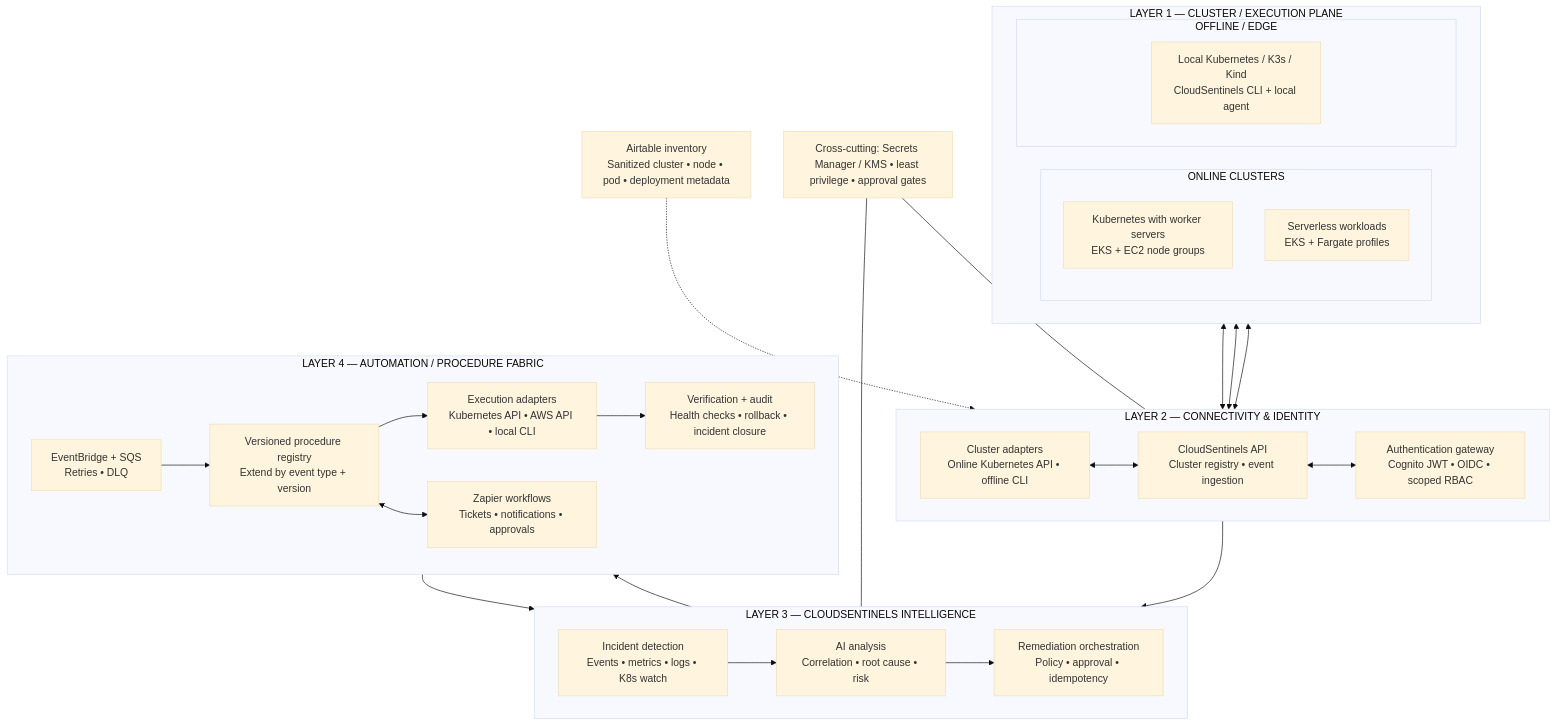
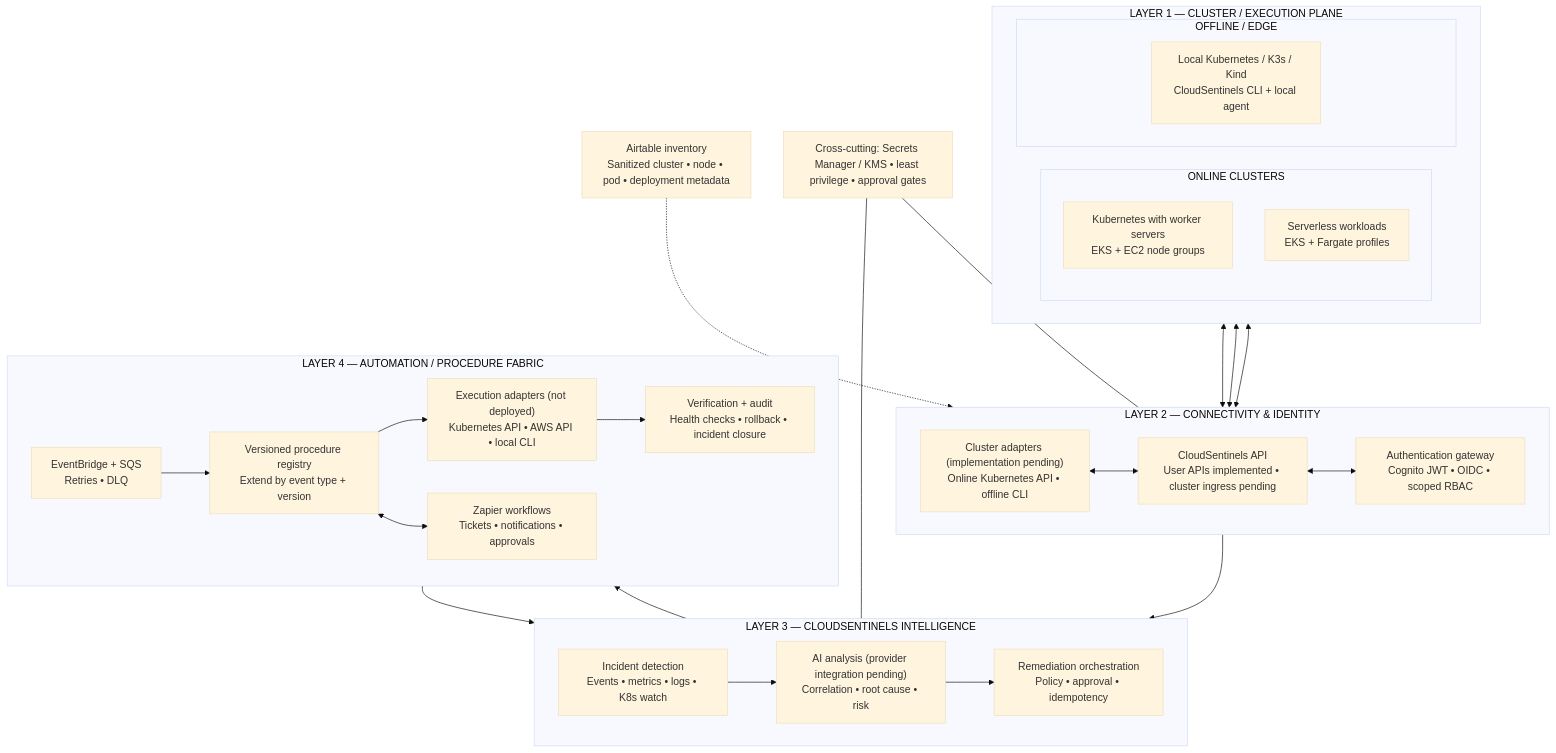
One commit to ABHILASH9519/cloudsentinels changed the diagram in docs/architecture/four-layer-self-healing-architecture.mmd. Above: the diagram before and after it, drawn with Mermaid (base theme).

Commit message:
docs: mark pending integrations in architecture diagram

```diff
--- a/docs/architecture/four-layer-self-healing-architecture.mmd
+++ b/docs/architecture/four-layer-self-healing-architecture.mmd
@@ -1,47 +1,47 @@
 flowchart TB
   subgraph L1["LAYER 1 — CLUSTER / EXECUTION PLANE"]
     direction LR
     subgraph ONLINE["ONLINE CLUSTERS"]
       direction TB
       EC2["Kubernetes with worker servers<br/>EKS + EC2 node groups"]
       SL["Serverless workloads<br/>EKS + Fargate profiles"]
     end
     subgraph OFFLINE["OFFLINE / EDGE"]
       CLI["Local Kubernetes / K3s / Kind<br/>CloudSentinels CLI + local agent"]
     end
   end
   subgraph L2["LAYER 2 — CONNECTIVITY & IDENTITY"]
     direction LR
-    API["CloudSentinels API<br/>Cluster registry • event ingestion"]
+    API["CloudSentinels API<br/>User APIs implemented • cluster ingress pending"]
     AUTH["Authentication gateway<br/>Cognito JWT • OIDC • scoped RBAC"]
-    ADAPTER["Cluster adapters<br/>Online Kubernetes API • offline CLI"]
+    ADAPTER["Cluster adapters (implementation pending)<br/>Online Kubernetes API • offline CLI"]
     API <--> AUTH
     ADAPTER <--> API
   end
   subgraph L3["LAYER 3 — CLOUDSENTINELS INTELLIGENCE"]
     direction LR
     DETECT["Incident detection<br/>Events • metrics • logs • K8s watch"]
-    AI["AI analysis<br/>Correlation • root cause • risk"]
+    AI["AI analysis (provider integration pending)<br/>Correlation • root cause • risk"]
     ORCH["Remediation orchestration<br/>Policy • approval • idempotency"]
     DETECT --> AI --> ORCH
   end
   subgraph L4["LAYER 4 — AUTOMATION / PROCEDURE FABRIC"]
     direction LR
     BUS["EventBridge + SQS<br/>Retries • DLQ"]
     REG["Versioned procedure registry<br/>Extend by event type + version"]
     ZAP["Zapier workflows<br/>Tickets • notifications • approvals"]
-    EXEC["Execution adapters<br/>Kubernetes API • AWS API • local CLI"]
+    EXEC["Execution adapters (not deployed)<br/>Kubernetes API • AWS API • local CLI"]
     VERIFY["Verification + audit<br/>Health checks • rollback • incident closure"]
     BUS --> REG --> EXEC --> VERIFY
     REG <--> ZAP
     VERIFY --> DETECT
   end
   EC2 <--> ADAPTER
   SL <--> ADAPTER
   CLI <--> ADAPTER
   ADAPTER --> DETECT
   ORCH --> BUS
   AIR["Airtable inventory<br/>Sanitized cluster • node • pod • deployment metadata"] -.-> API
   SAFE["Cross-cutting: Secrets Manager / KMS • least privilege • approval gates"]
   SAFE --- AUTH
   SAFE --- ORCH
```
